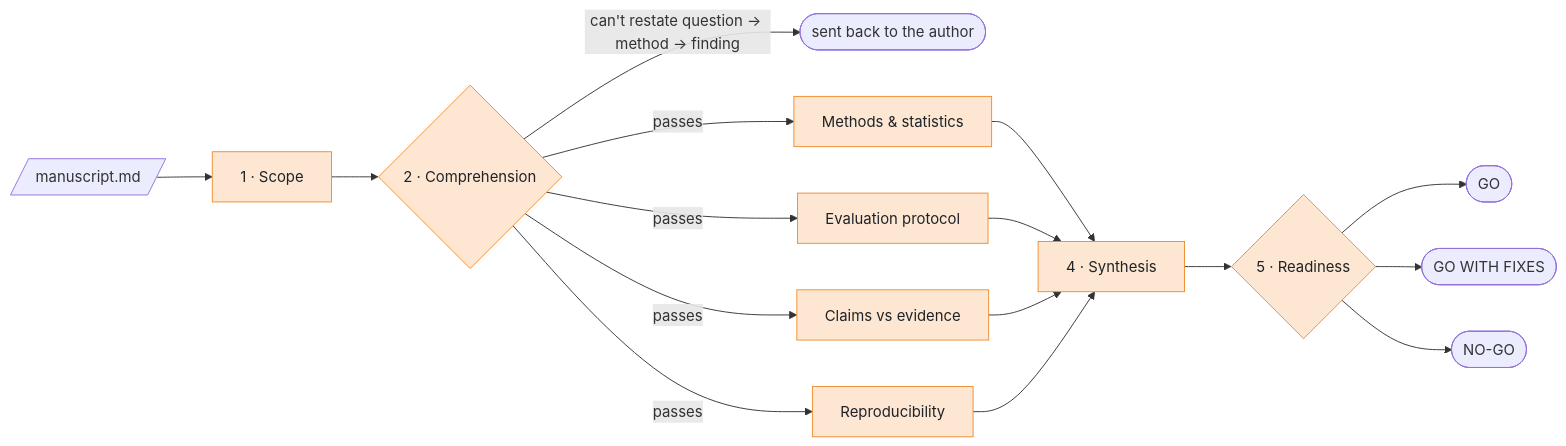
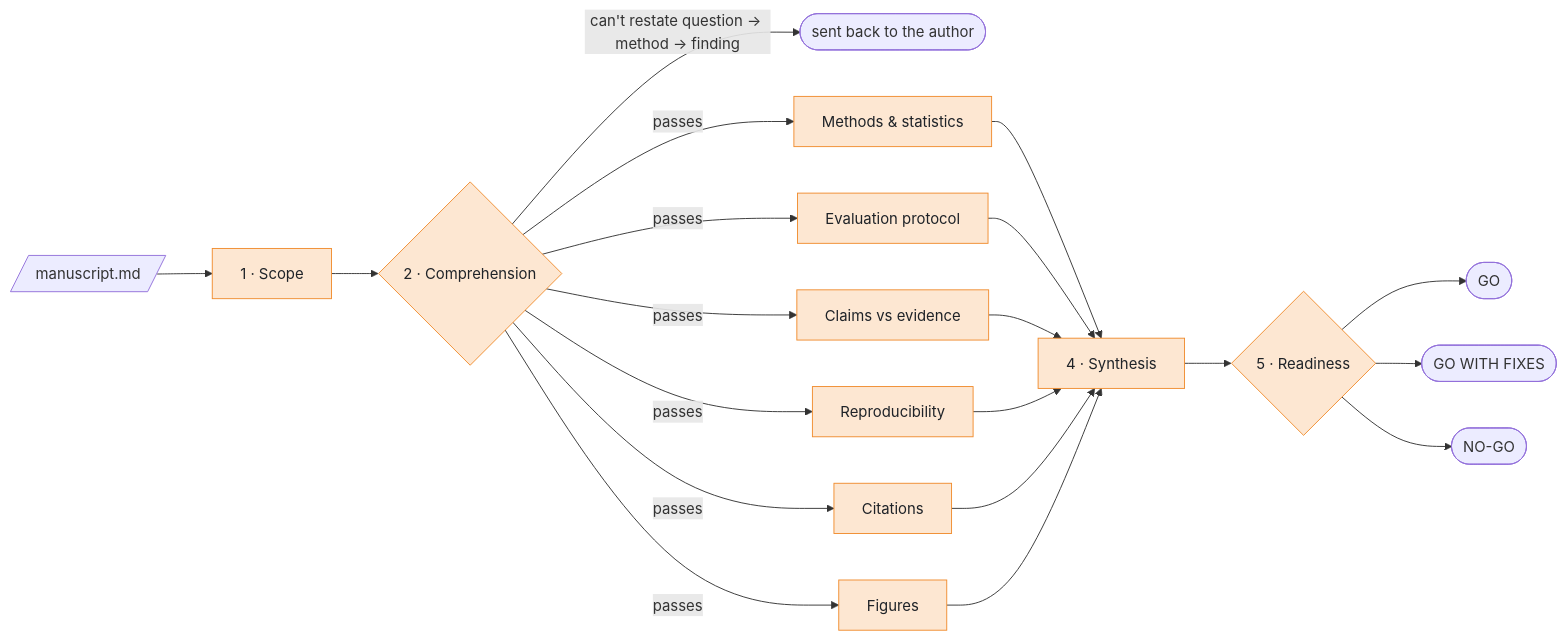
One commit to siriani/elephant-referee-model changed the second of 2 diagrams in README.md. Above: the diagram before and after it, drawn with Mermaid. The commit also changed other lines of this file and 26 other files, not shown here.

Commit message:
v0.2.0: citation and figure goldfish, --runs ensembles, venue packs, novelty search, lab notebook, strict readiness, validation plan

````diff
--- a/README.md
+++ b/README.md
@@ -140,18 +143,20 @@
 ```mermaid
 flowchart LR
     DOC[/manuscript.md/] --> SC[1 · Scope]
     SC --> CO{2 · Comprehension}
     CO -- "can't restate question → method → finding" --> BACK([sent back to the author])
     CO -- passes --> ME[Methods & statistics]
     CO -- passes --> EV[Evaluation protocol]
     CO -- passes --> CL[Claims vs evidence]
     CO -- passes --> RE[Reproducibility]
-    ME & EV & CL & RE --> SY[4 · Synthesis]
+    CO -- passes --> CI[Citations]
+    CO -- passes --> FG[Figures]
+    ME & EV & CL & RE & CI & FG --> SY[4 · Synthesis]
     SY --> RD{5 · Readiness}
     RD --> GO([GO])
     RD --> GF([GO WITH FIXES])
     RD --> NG([NO-GO])
 
     classDef stage fill:#fde7d2,stroke:#f08c2e,color:#1f2328
-    class SC,CO,ME,EV,CL,RE,SY,RD stage
+    class SC,CO,ME,EV,CL,RE,CI,FG,SY,RD stage
 ```
````
